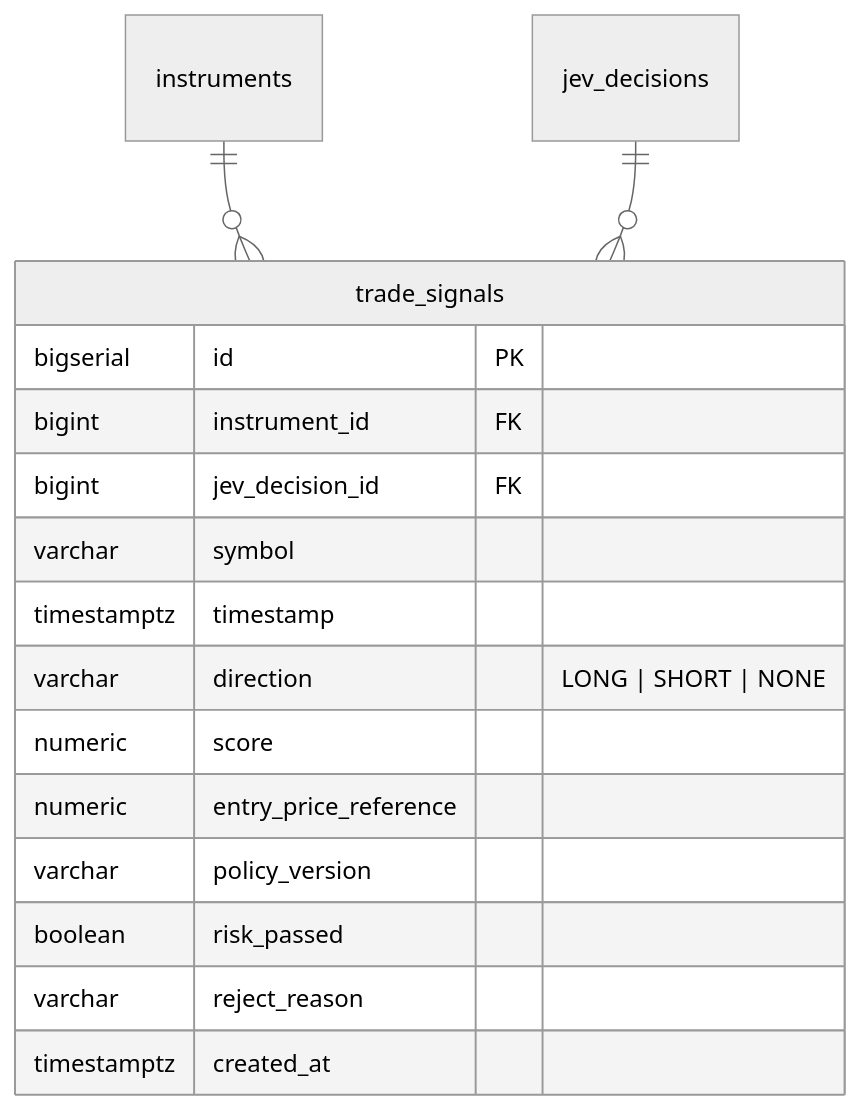
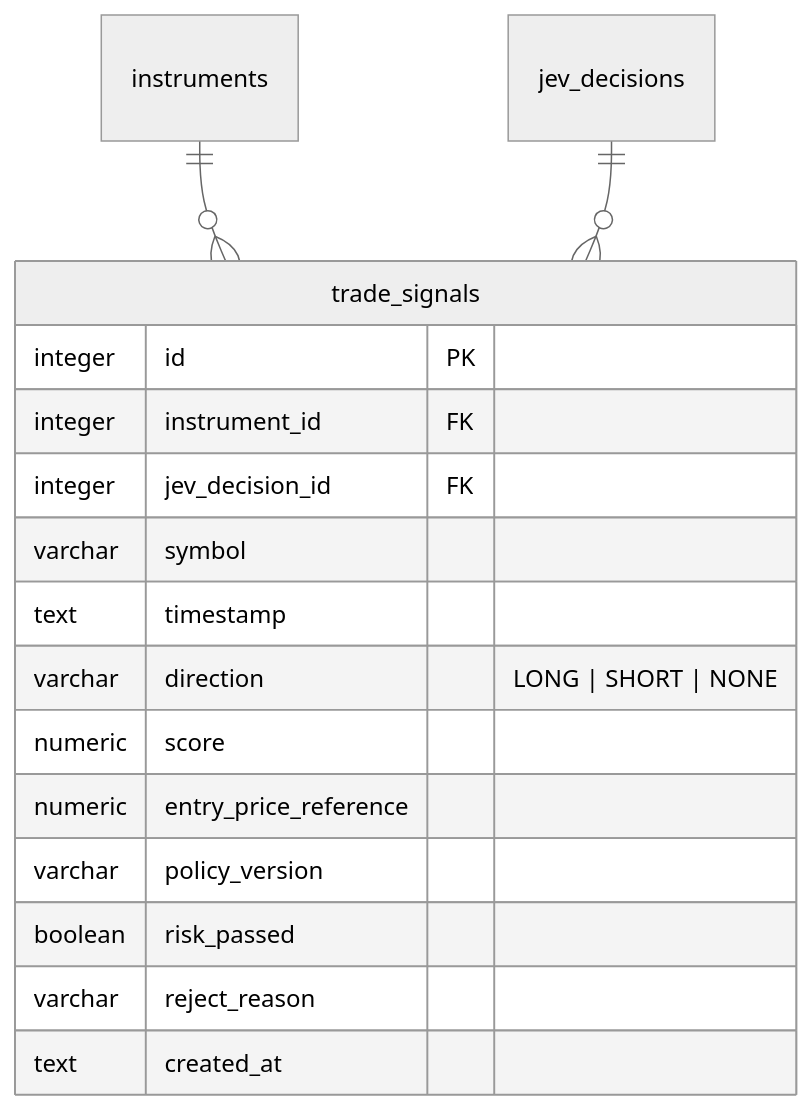
Before and after one commit to ousiassllc/pitha-trador: the fifth of 12 diagrams in docs/architecture/er.md, drawn with Mermaid (neutral theme). The commit also changed other lines of this file and 5 other files, not shown here.

````diff
--- a/docs/architecture/er.md
+++ b/docs/architecture/er.md
@@ -162,19 +179,19 @@
 ```mermaid
 erDiagram
     instruments ||--o{ trade_signals : ""
     jev_decisions ||--o{ trade_signals : ""
     trade_signals {
-        bigserial id PK
-        bigint instrument_id FK
-        bigint jev_decision_id FK
+        integer id PK
+        integer instrument_id FK
+        integer jev_decision_id FK
         varchar symbol
-        timestamptz timestamp
+        text timestamp
         varchar direction "LONG | SHORT | NONE"
         numeric score
         numeric entry_price_reference
         varchar policy_version
         boolean risk_passed
         varchar reject_reason
-        timestamptz created_at
+        text created_at
     }
 ```
````
